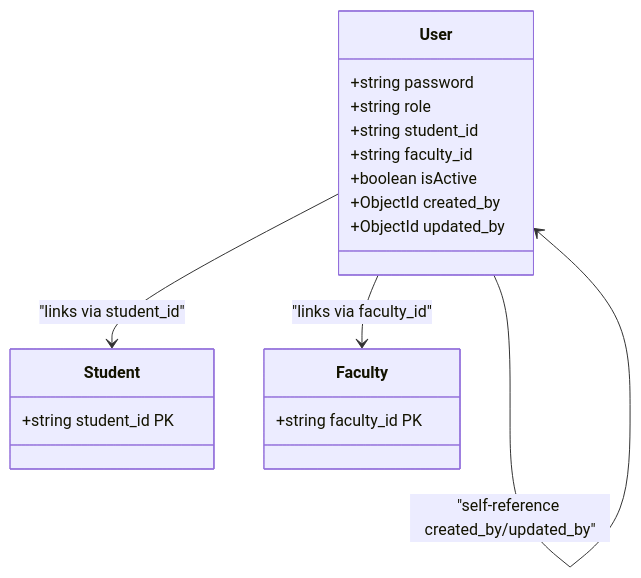
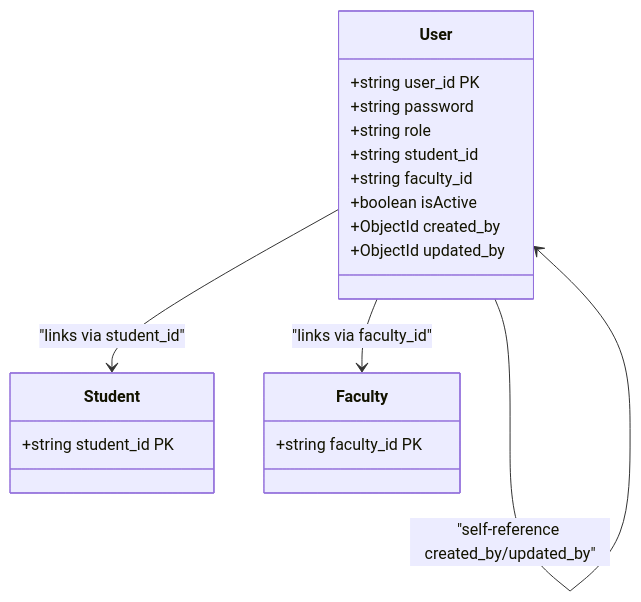
One commit to Aryan9060/Timetable-Project changed the third of 6 diagrams in .qoder/repowiki/en/content/Data Models & Database Schema/Database Relationships & Constraints.md. Above: the diagram before and after it, drawn with Mermaid. The commit also changed other lines of this file and 22 other files, not shown here.

````diff
--- a/.qoder/repowiki/en/content/Data Models & Database Schema/Database Relationships & Constraints.md
+++ b/.qoder/repowiki/en/content/Data Models & Database Schema/Database Relationships & Constraints.md
@@ -227,21 +238,22 @@
 ```mermaid
 classDiagram
 class User {
++string user_id PK
 +string password
 +string role
 +string student_id
 +string faculty_id
 +boolean isActive
 +ObjectId created_by
 +ObjectId updated_by
 }
 class Student {
 +string student_id PK
 }
 class Faculty {
 +string faculty_id PK
 }
 User --> Student : "links via student_id"
 User --> Faculty : "links via faculty_id"
 User --> User : "self-reference created_by/updated_by"
 ```
````
